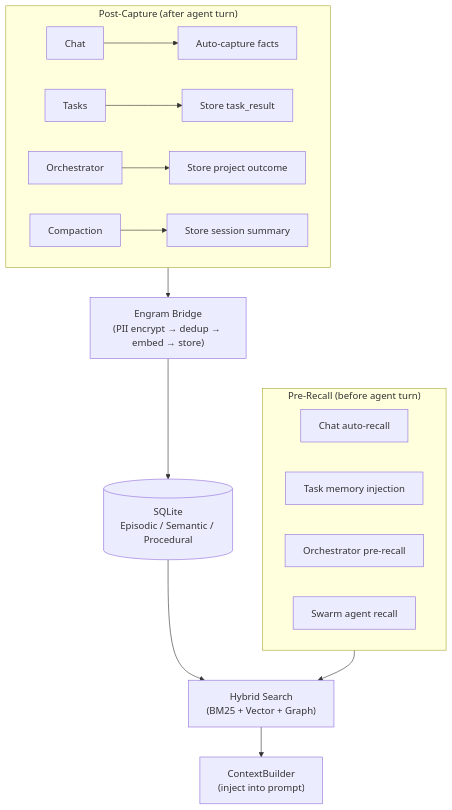
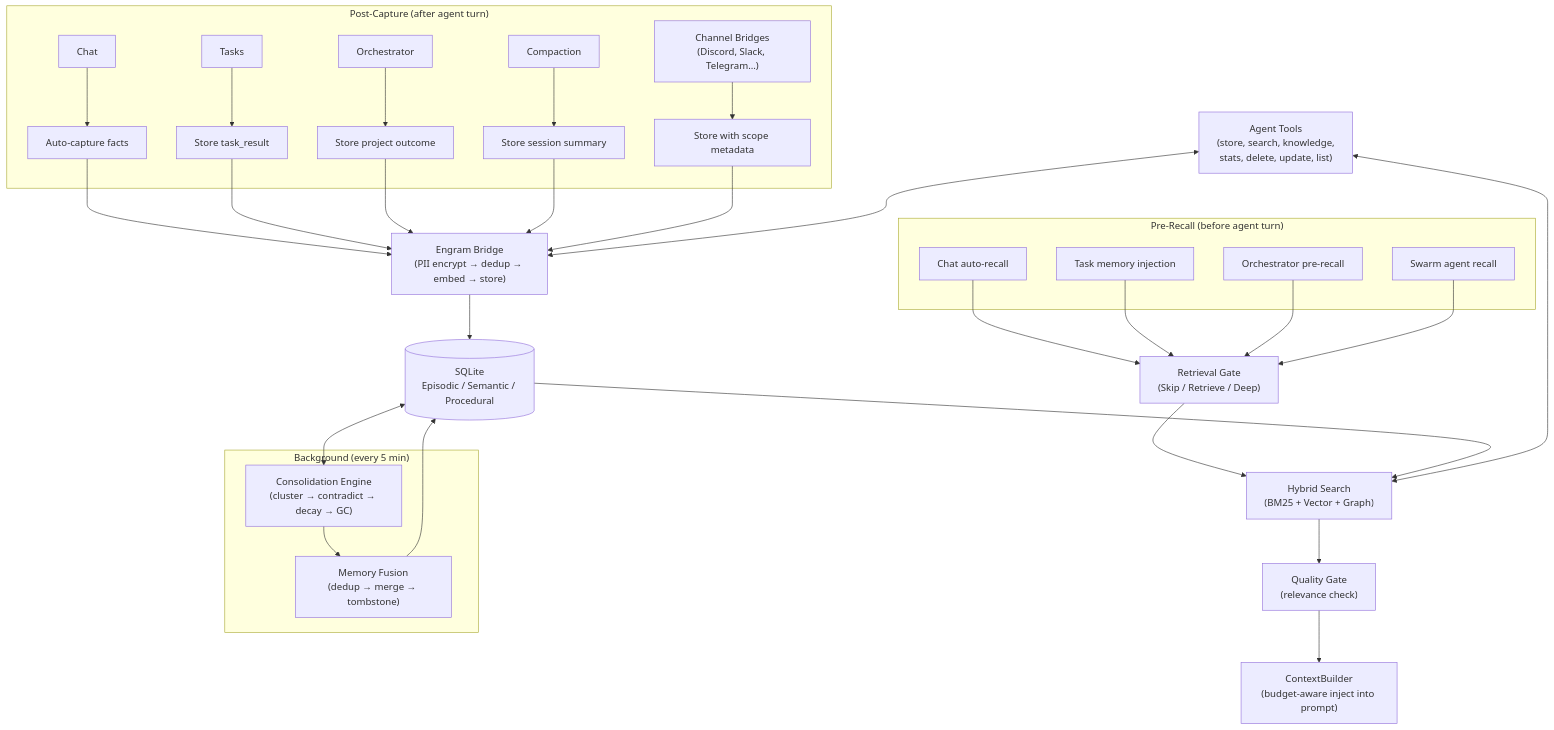
The fifth of 5 diagrams in ENGRAM.md (OpenPawz/openpawz), drawn with Mermaid before and after one commit.

Commit message:
docs(engram): expand Memory Lifecycle Integration mermaid chart
- Add Channel Bridges capture path with scope metadata
- Connect individual recall nodes through Retrieval Gate → Quality Gate
- Add Agent Tools bidirectional access to bridge and search
- Add background Consolidation Engine + Memory Fusion subgraph
- Show full data cycle: store → DB → search → inject → capture

````diff
--- a/ENGRAM.md
+++ b/ENGRAM.md
@@ -571,22 +571,38 @@
 ```mermaid
 flowchart TD
-    subgraph Capture["Post-Capture (after agent turn)"]
-        CH["Chat"] --> PC["Auto-capture facts"]
-        TA["Tasks"] --> PC2["Store task_result"]
-        OR["Orchestrator"] --> PC3["Store project outcome"]
-        CO["Compaction"] --> PC4["Store session summary"]
-    end
-
     subgraph Recall["Pre-Recall (before agent turn)"]
         R1["Chat auto-recall"]
         R2["Task memory injection"]
         R3["Orchestrator pre-recall"]
         R4["Swarm agent recall"]
     end
 
-    Recall --> HS["Hybrid Search\n(BM25 + Vector + Graph)"]
-    HS --> CTX["ContextBuilder\n(inject into prompt)"]
-    Capture --> BR["Engram Bridge\n(PII encrypt → dedup → embed → store)"]
+    subgraph Capture["Post-Capture (after agent turn)"]
+        CH["Chat"] --> PC["Auto-capture facts"]
+        TA["Tasks"] --> PC2["Store task_result"]
+        OR["Orchestrator"] --> PC3["Store project outcome"]
+        CO["Compaction"] --> PC4["Store session summary"]
+        CB["Channel Bridges\n(Discord, Slack, Telegram…)"] --> PC5["Store with scope metadata"]
+    end
+
+    R1 & R2 & R3 & R4 --> RG["Retrieval Gate\n(Skip / Retrieve / Deep)"]
+    RG --> HS["Hybrid Search\n(BM25 + Vector + Graph)"]
+    HS --> QG["Quality Gate\n(relevance check)"]
+    QG --> CTX["ContextBuilder\n(budget-aware inject into prompt)"]
+
+    PC & PC2 & PC3 & PC4 & PC5 --> BR["Engram Bridge\n(PII encrypt → dedup → embed → store)"]
     BR --> DB[("SQLite\nEpisodic / Semantic / Procedural")]
     DB --> HS
+
+    AT["Agent Tools\n(store, search, knowledge,\nstats, delete, update, list)"] <--> BR
+    AT <--> HS
+
+    subgraph Background["Background (every 5 min)"]
+        CON["Consolidation Engine\n(cluster → contradict → decay → GC)"]
+        FUS["Memory Fusion\n(dedup → merge → tombstone)"]
+    end
+
+    DB <--> CON
+    CON --> FUS
+    FUS --> DB
 ```
````
